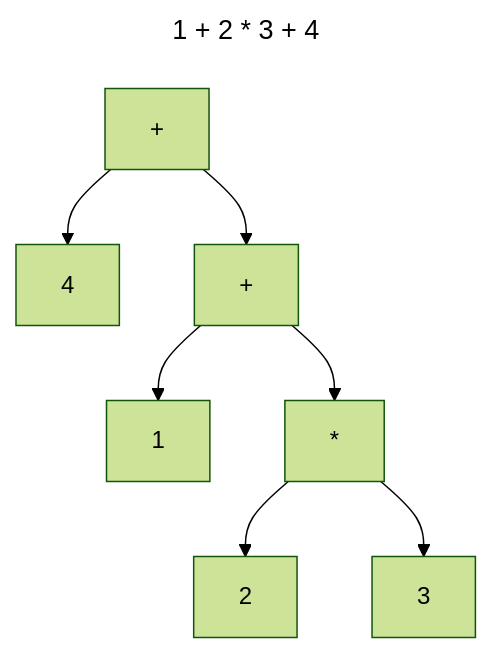
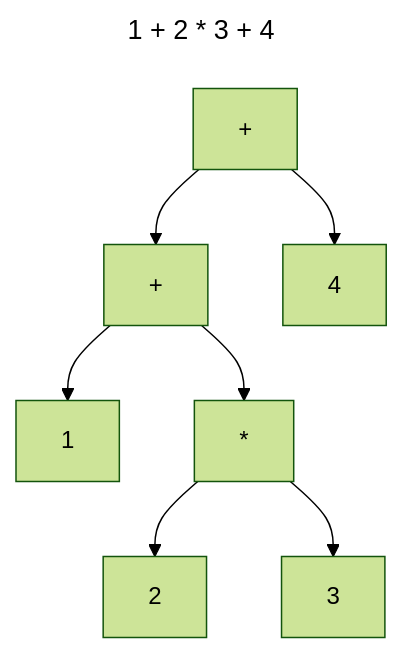
Before and after one commit to 0x822a5b87/0x822a5b87.github.io: the fourth of 11 diagrams in source/_posts/一个简单的-Pratt-Parser-的实现.md, drawn with Mermaid (forest theme). The commit also changed other lines of this file, not shown here.

````diff
--- a/source/_posts/一个简单的-Pratt-Parser-的实现.md
+++ b/source/_posts/一个简单的-Pratt-Parser-的实现.md
@@ -119,12 +174,12 @@
 ```mermaid
 ---
 title: 1 + 2 * 3 + 4
 ---
 flowchart TD  
-    add0["+"] --> 1  
+    add0["+"] --> operand1["1"]  
     add0 --> mul  
-    mul[*] --> 2  
-    mul --> 3  
+    mul[*] --> operand2["2"]
+    mul --> operand3["3"]
     add1["+"] --> add0
-    add1 --> 4
+    add1 --> operand4["4"]
 ```
````
